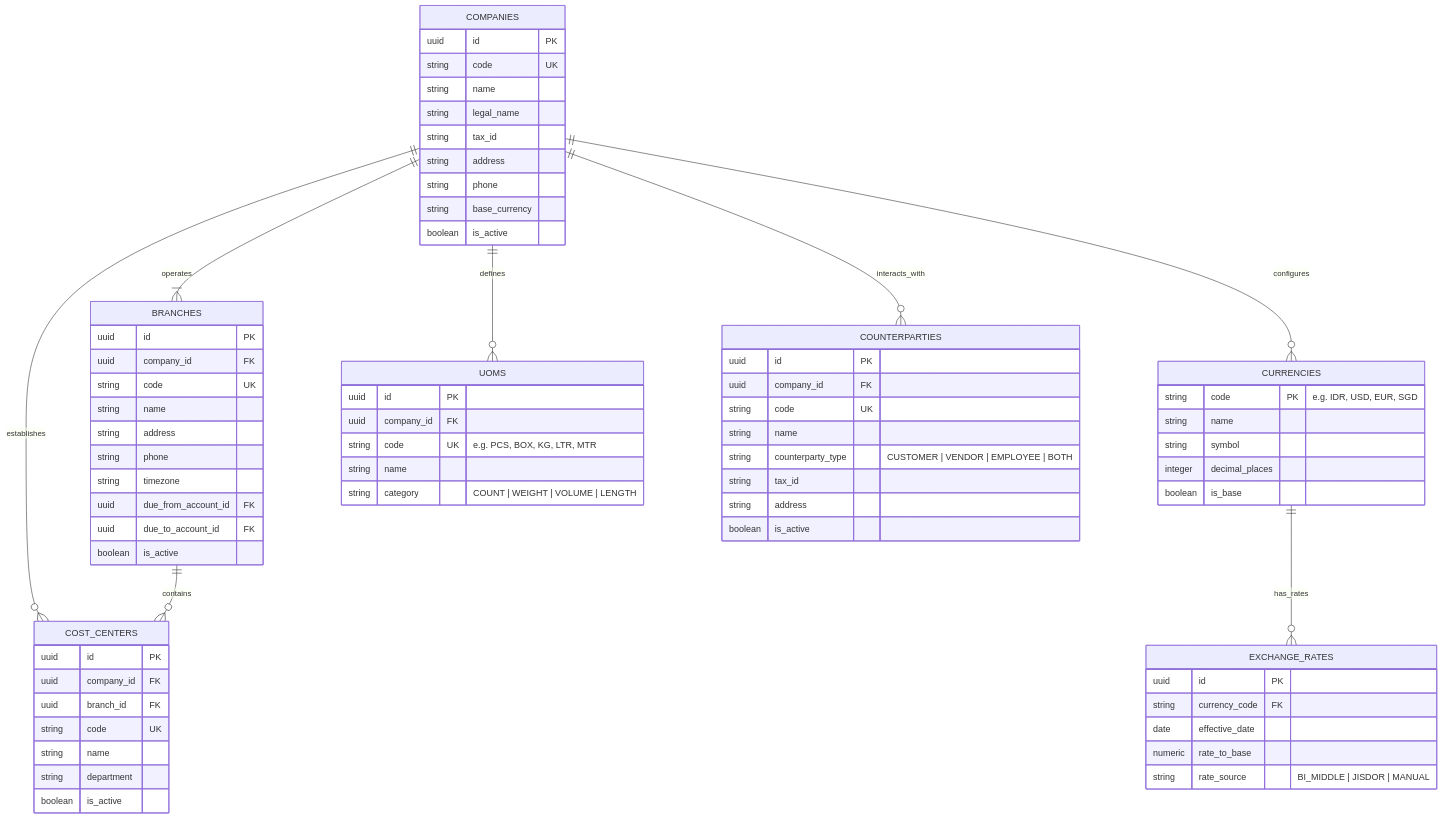
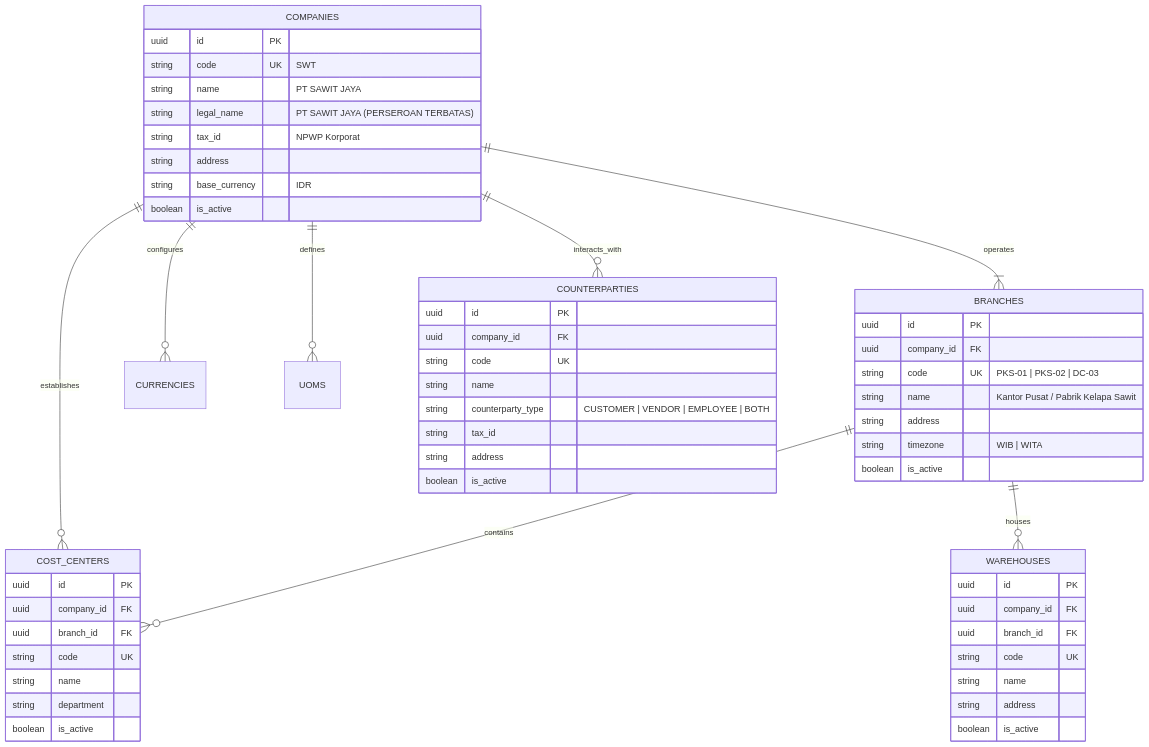
The fourth of 4 diagrams in sdd/15_master_data_sdd.md (Vall-Here/mnf-erp-nextjs-golang), drawn with Mermaid before and after one commit. The commit also changed other lines of this file and 10 other files, not shown here.

````diff
--- a/sdd/15_master_data_sdd.md
+++ b/sdd/15_master_data_sdd.md
@@ -104,80 +108,62 @@
 ```mermaid
 erDiagram
     COMPANIES ||--|{ BRANCHES : "operates"
     COMPANIES ||--o{ CURRENCIES : "configures"
     COMPANIES ||--o{ UOMS : "defines"
     COMPANIES ||--o{ COST_CENTERS : "establishes"
     COMPANIES ||--o{ COUNTERPARTIES : "interacts_with"
     BRANCHES ||--o{ COST_CENTERS : "contains"
-    CURRENCIES ||--o{ EXCHANGE_RATES : "has_rates"
+    BRANCHES ||--o{ WAREHOUSES : "houses"
 
     COMPANIES {
         uuid id PK
-        string code UK
-        string name
-        string legal_name
-        string tax_id
+        string code UK "SWT"
+        string name "PT SAWIT JAYA"
+        string legal_name "PT SAWIT JAYA (PERSEROAN TERBATAS)"
+        string tax_id "NPWP Korporat"
         string address
-        string phone
-        string base_currency
+        string base_currency "IDR"
         boolean is_active
     }
 
     BRANCHES {
         uuid id PK
         uuid company_id FK
+        string code UK "PKS-01 | PKS-02 | DC-03"
+        string name "Kantor Pusat / Pabrik Kelapa Sawit"
+        string address
+        string timezone "WIB | WITA"
+        boolean is_active
+    }
+
+    WAREHOUSES {
+        uuid id PK
+        uuid company_id FK
+        uuid branch_id FK
         string code UK
         string name
         string address
-        string phone
-        string timezone
-        uuid due_from_account_id FK
-        uuid due_to_account_id FK
         boolean is_active
-    }
-
-    CURRENCIES {
-        string code PK "e.g. IDR, USD, EUR, SGD"
-        string name
-        string symbol
-        integer decimal_places
-        boolean is_base
-    }
-
-    EXCHANGE_RATES {
-        uuid id PK
-        string currency_code FK
-        date effective_date
-        numeric rate_to_base
-        string rate_source "BI_MIDDLE | JISDOR | MANUAL"
-    }
-
-    UOMS {
-        uuid id PK
-        uuid company_id FK
-        string code UK "e.g. PCS, BOX, KG, LTR, MTR"
-        string name
-        string category "COUNT | WEIGHT | VOLUME | LENGTH"
     }
 
     COST_CENTERS {
         uuid id PK
         uuid company_id FK
         uuid branch_id FK
         string code UK
         string name
         string department
         boolean is_active
     }
 
     COUNTERPARTIES {
         uuid id PK
         uuid company_id FK
         string code UK
         string name
         string counterparty_type "CUSTOMER | VENDOR | EMPLOYEE | BOTH"
         string tax_id
         string address
         boolean is_active
     }
 ```
````
